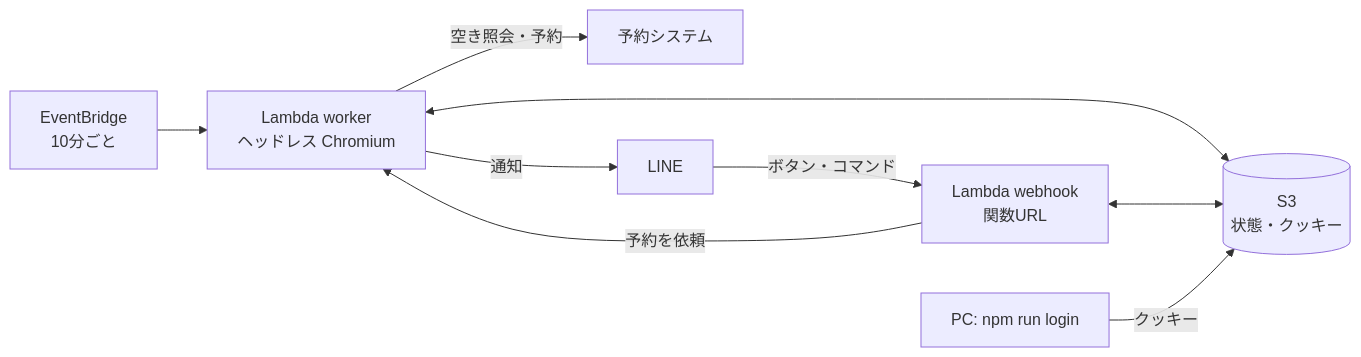
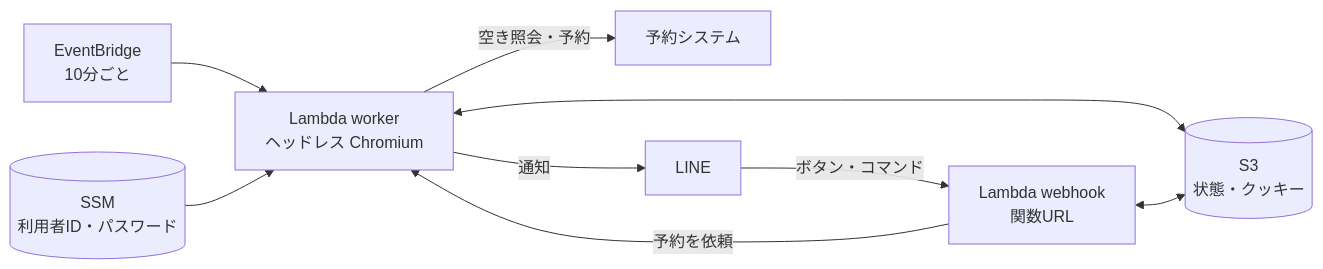
One commit to MiyazakiSora1234/fukuoka-gym-reservation changed the diagram in README.md. Above: the diagram before and after it, drawn with Mermaid. The commit also changed other lines of this file and 9 other files, not shown here.

````diff
--- a/README.md
+++ b/README.md
@@ -11,10 +11,10 @@
 ```mermaid
 flowchart LR
   EB[EventBridge<br/>10分ごと] --> W[Lambda worker<br/>ヘッドレス Chromium]
   W -- 空き照会・予約 --> Site[予約システム]
   W -- 通知 --> LINE[LINE]
   LINE -- ボタン・コマンド --> H[Lambda webhook<br/>関数URL]
   H -- 予約を依頼 --> W
   W & H <--> S3[(S3<br/>状態・クッキー)]
-  PC[PC: npm run login] -- クッキー --> S3
+  SSM[(SSM<br/>利用者ID・パスワード)] --> W
 ```
````
